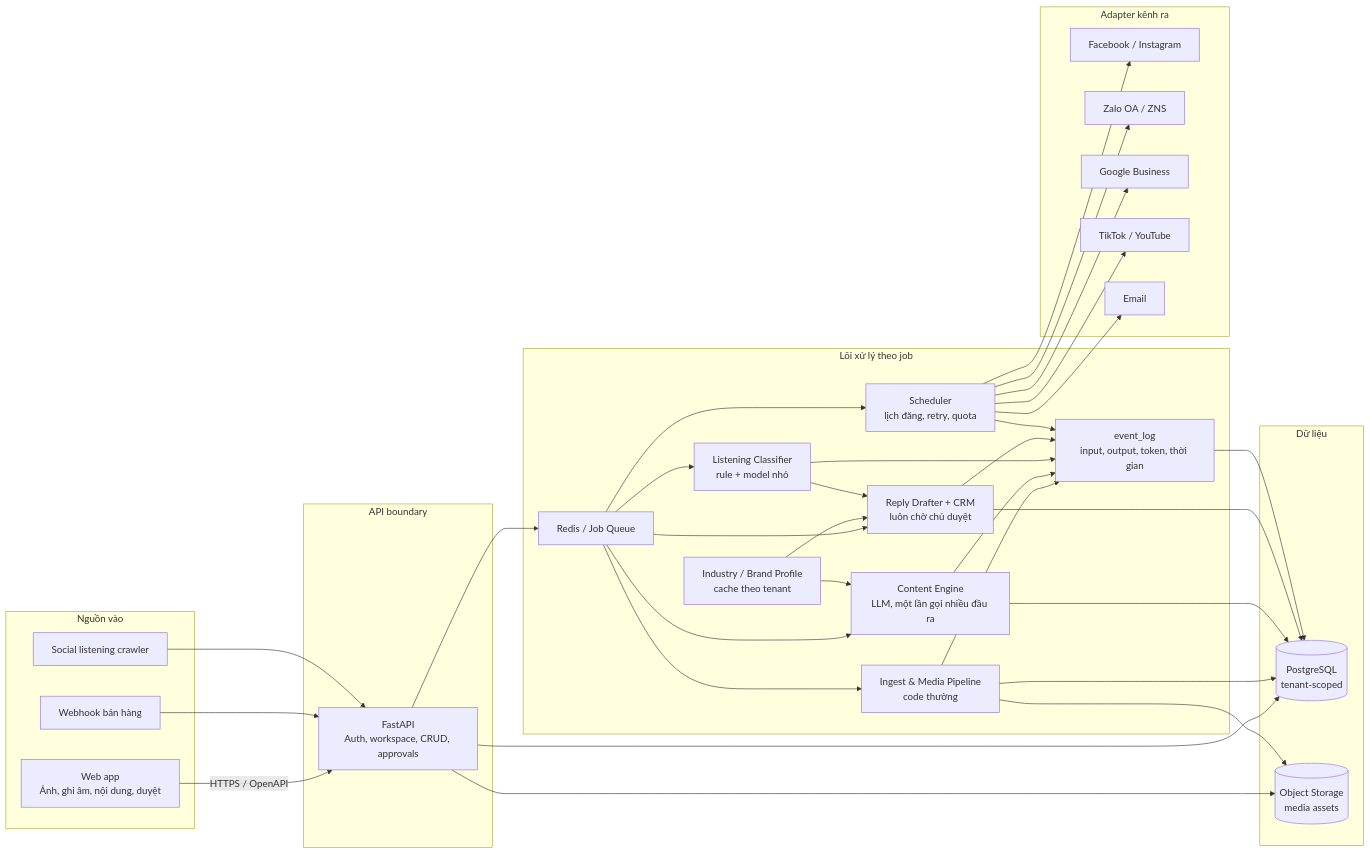
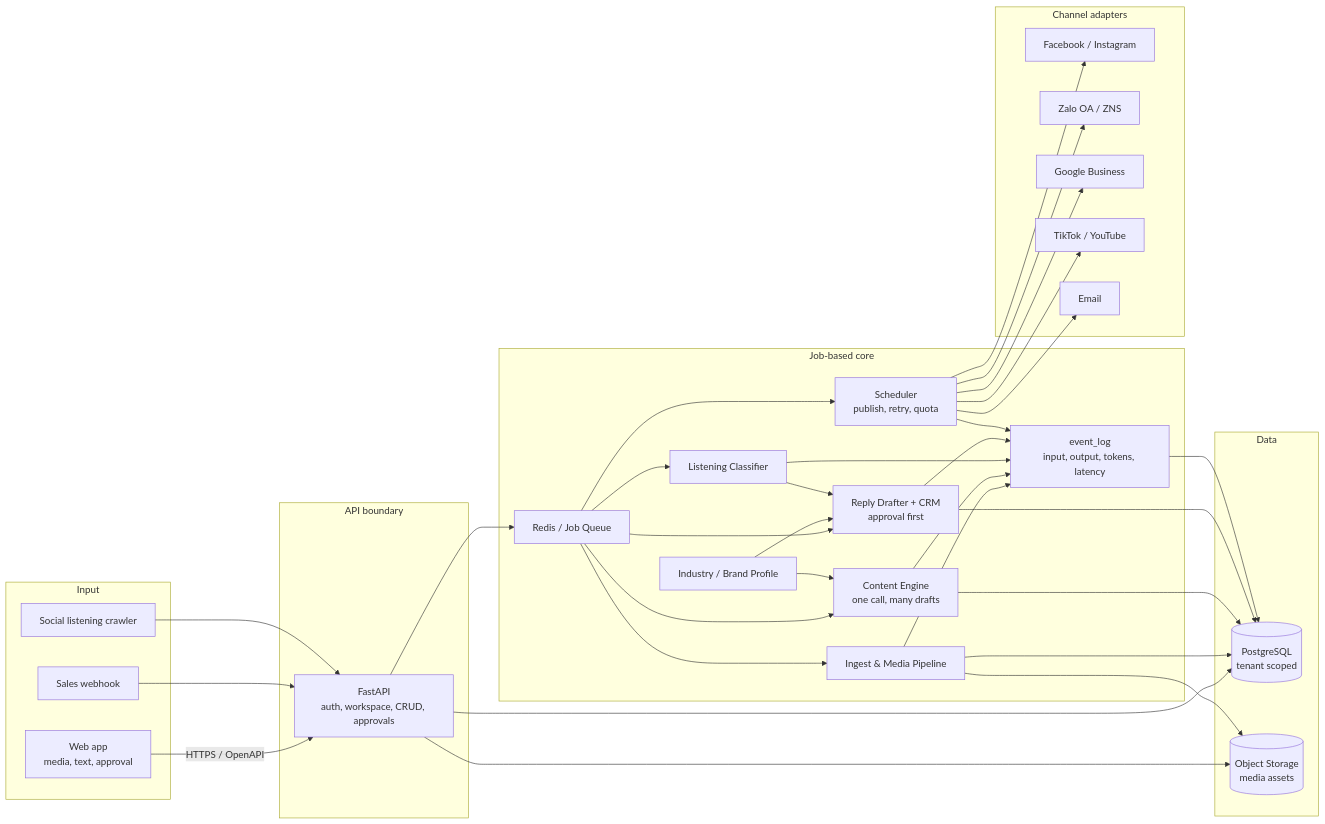
Before and after one commit to brianhuynh2021/havi: the first of 4 diagrams in docs/architecture/SYSTEM_ARCHITECTURE.md, drawn with Mermaid. The commit also changed other lines of this file and 25 other files, not shown here.

Commit message:
feat: continue founder beta roadmap

````diff
--- a/docs/architecture/SYSTEM_ARCHITECTURE.md
+++ b/docs/architecture/SYSTEM_ARCHITECTURE.md
@@ -115,66 +98,66 @@
 ```mermaid
 flowchart LR
-    subgraph INPUT["Nguồn vào"]
-        WEB["Web app<br/>Ảnh, ghi âm, nội dung, duyệt"]
-        SALES["Webhook bán hàng"]
+    subgraph INPUT["Input"]
+        WEB["Web app<br/>media, text, approval"]
+        SALES["Sales webhook"]
         LISTEN["Social listening crawler"]
     end
 
     subgraph EDGE["API boundary"]
-        API["FastAPI<br/>Auth, workspace, CRUD, approvals"]
+        API["FastAPI<br/>auth, workspace, CRUD, approvals"]
     end
 
-    subgraph CORE["Lõi xử lý theo job"]
+    subgraph CORE["Job-based core"]
         QUEUE["Redis / Job Queue"]
-        MEDIA["Ingest & Media Pipeline<br/>code thường"]
-        PROFILE["Industry / Brand Profile<br/>cache theo tenant"]
-        CONTENT["Content Engine<br/>LLM, một lần gọi nhiều đầu ra"]
-        CLASSIFY["Listening Classifier<br/>rule + model nhỏ"]
-        REPLY["Reply Drafter + CRM<br/>luôn chờ chủ duyệt"]
-        SCHEDULER["Scheduler<br/>lịch đăng, retry, quota"]
-        EVENT["event_log<br/>input, output, token, thời gian"]
+        MEDIA["Ingest & Media Pipeline"]
+        PROFILE["Industry / Brand Profile"]
+        CONTENT["Content Engine<br/>one call, many drafts"]
+        CLASSIFY["Listening Classifier"]
+        REPLY["Reply Drafter + CRM<br/>approval first"]
+        SCHEDULER["Scheduler<br/>publish, retry, quota"]
+        EVENT["event_log<br/>input, output, tokens, latency"]
     end
 
-    subgraph DATA["Dữ liệu"]
-        POSTGRES[("PostgreSQL<br/>tenant-scoped")]
+    subgraph DATA["Data"]
+        POSTGRES[("PostgreSQL<br/>tenant scoped")]
         OBJECT[("Object Storage<br/>media assets")]
     end
 
-    subgraph OUTPUT["Adapter kênh ra"]
+    subgraph OUTPUT["Channel adapters"]
         META["Facebook / Instagram"]
         ZALO["Zalo OA / ZNS"]
         GOOGLE["Google Business"]
         VIDEO["TikTok / YouTube"]
         EMAIL["Email"]
     end
 
     WEB -->|HTTPS / OpenAPI| API
     SALES --> API
     LISTEN --> API
     API --> POSTGRES
     API --> OBJECT
     API --> QUEUE
     QUEUE --> MEDIA
     QUEUE --> CONTENT
     QUEUE --> CLASSIFY
     QUEUE --> REPLY
     QUEUE --> SCHEDULER
     PROFILE --> CONTENT
     PROFILE --> REPLY
     MEDIA --> OBJECT
     MEDIA --> POSTGRES
     CONTENT --> POSTGRES
     CLASSIFY --> REPLY
     REPLY --> POSTGRES
     SCHEDULER --> META
     SCHEDULER --> ZALO
     SCHEDULER --> GOOGLE
     SCHEDULER --> VIDEO
     SCHEDULER --> EMAIL
     MEDIA --> EVENT
     CONTENT --> EVENT
     CLASSIFY --> EVENT
     REPLY --> EVENT
     SCHEDULER --> EVENT
     EVENT --> POSTGRES
 ```
````
